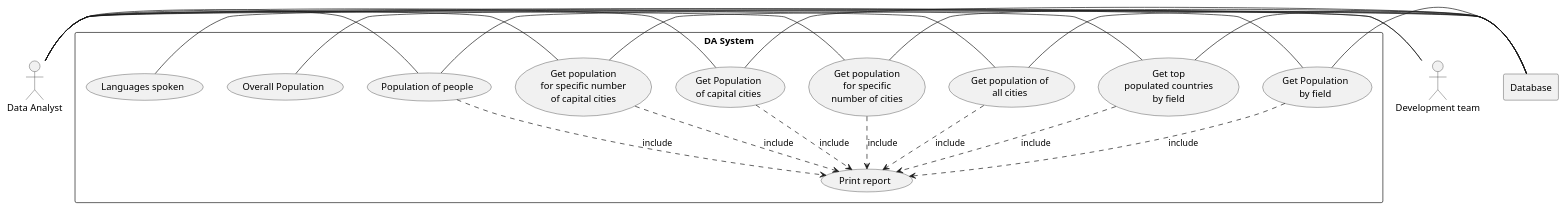
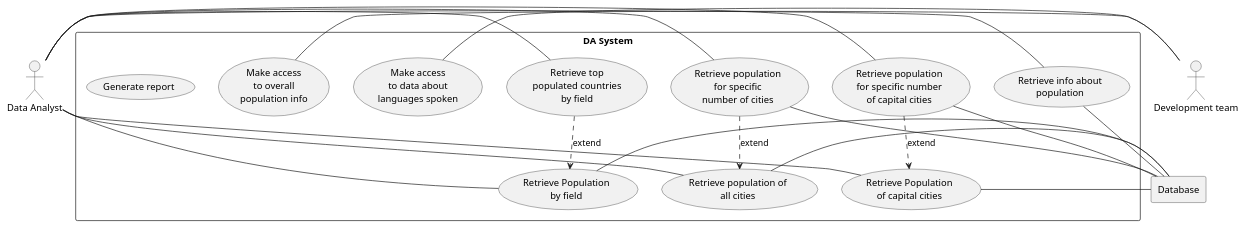
One commit to omonimus1/SEM_group_project changed the diagram in use-cases/DA System.puml. Above: the diagram before and after it, drawn with PlantUML. The commit also changed 3 other files, not shown here.

Commit message:
Updated use-cases diagram

```diff
--- a/use-cases/DA System.puml
+++ b/use-cases/DA System.puml
@@ -1,63 +1,69 @@
 @startuml
 
 actor DA as "Data Analyst"
+
 actor DT as "Development team"
 
 
 rectangle Database
 
 rectangle "DA System" {
- usecase UC1 as "Get Population
+ usecase UC1 as "Retrieve Population
  by field"
- usecase UC2 as "Get top
+ usecase UC2 as "Retrieve top
  populated countries
   by field"
- usecase UC3 as "Get population of
+ usecase UC3 as "Retrieve population of
  all cities"
- usecase UC4 as "Get population
+ usecase UC4 as "Retrieve population
  for specific
  number of cities"
- usecase UC5 as "Get Population
+ usecase UC5 as "Retrieve Population
  of capital cities"
- usecase UC6 as "Get population
+ usecase UC6 as "Retrieve population
  for specific number
  of capital cities"
- usecase UC7 as "Population of people"
- usecase UC8 as "Overall Population"
- usecase UC9 as "Languages spoken"
+ usecase UC7 as "Retrieve info about
+ population"
+ usecase UC8 as "Make access
+ to overall
+ population info"
+ usecase UC9 as "Make access
+ to data about
+ languages spoken"
 
-    usecase UCa AS "Print report"
+    usecase UCa AS "Generate report"
 
 
    DA - UC1
    DA - UC2
    DA - UC3
    DA - UC4
    DA - UC5
    DA - UC6
    DA - UC7
    DT - UC8
    DT - UC9
 
 
-   UC1 ..> UCa : include
-   UC2 ..> UCa : include
-   UC3 ..> UCa : include
-   UC4 ..> UCa : include
-   UC5 ..> UCa : include
-   UC6 ..> UCa : include
-   UC7 ..> UCa : include
+   UC2 ..> UC1 : extend
+
+   UC4 ..>UC3 : extend
+
+   UC6 ..> UC5 : extend
+
 
 
    UC1 - Database
-   UC2 - Database
+
    UC3 - Database
    UC4 - Database
    UC5 - Database
    UC6 - Database
    UC7 - Database
 
 
+
 }
 
 @enduml
```
